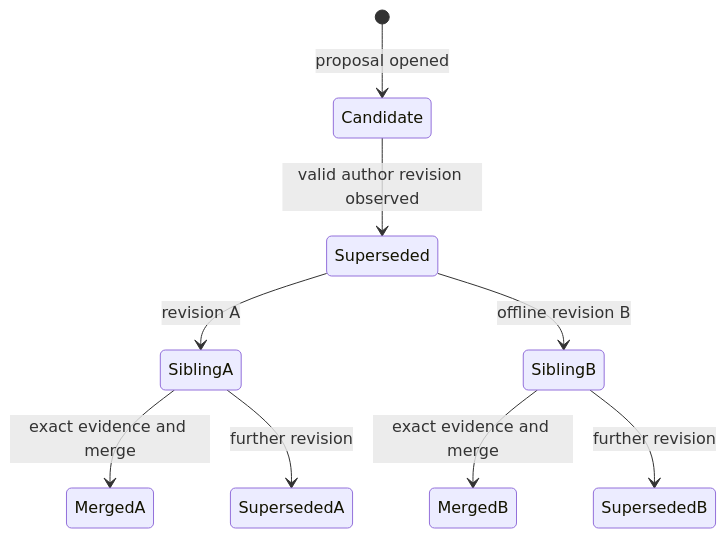
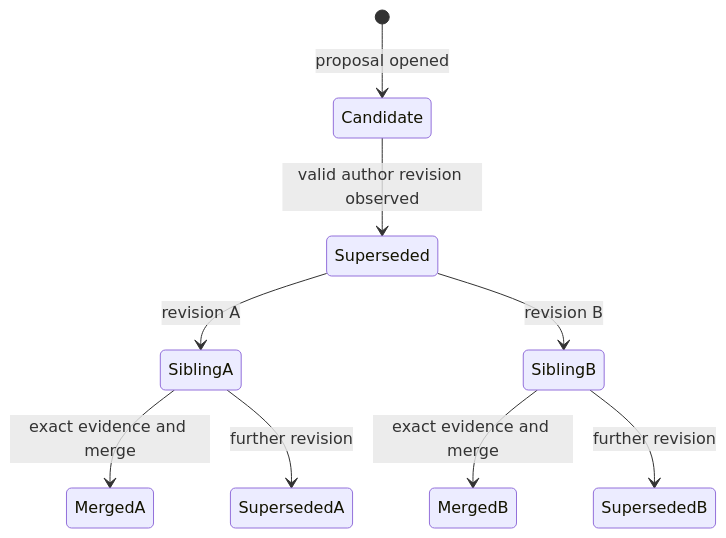
One commit to LynnColeArt/nichthub changed the diagram in kitty-specs/proposal-revision-conflict-recovery-01M1774Q/spec.md. Above: the diagram before and after it, drawn with Mermaid. The commit also changed other lines of this file and 1 other file, not shown here.

Commit message:
docs: reconcile sibling revisions with actor chain

````diff
--- a/kitty-specs/proposal-revision-conflict-recovery-01M1774Q/spec.md
+++ b/kitty-specs/proposal-revision-conflict-recovery-01M1774Q/spec.md
@@ -133,11 +132,11 @@
 ```mermaid
 stateDiagram-v2
     [*] --> Candidate: proposal opened
     Candidate --> Superseded: valid author revision observed
     Superseded --> SiblingA: revision A
-    Superseded --> SiblingB: offline revision B
+    Superseded --> SiblingB: revision B
     SiblingA --> MergedA: exact evidence and merge
     SiblingB --> MergedB: exact evidence and merge
     SiblingA --> SupersededA: further revision
     SiblingB --> SupersededB: further revision
 ```
````
